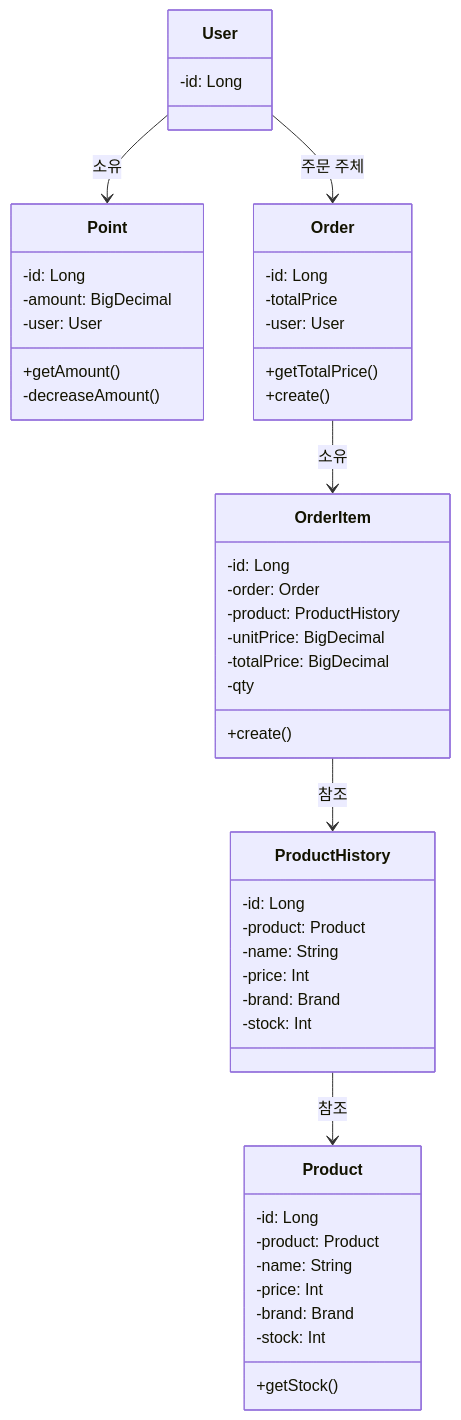
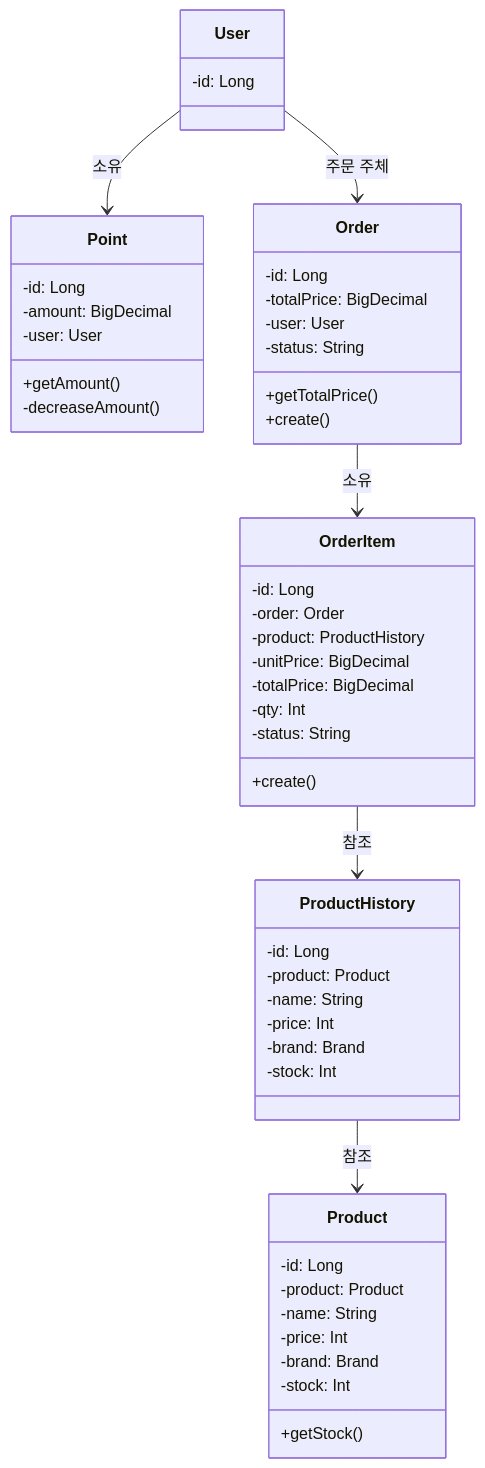
One commit to sue4869/e-commerce changed the third of 3 diagrams in docs/design/03-class-diagrams.md. Above: the diagram before and after it, drawn with Mermaid. The commit also changed 1 other file, not shown here.

Commit message:
fix : 추가 반영

````diff
--- a/docs/design/03-class-diagrams.md
+++ b/docs/design/03-class-diagrams.md
@@ -52,58 +52,60 @@
 ```mermaid 
 classDiagram
     class User {
         -id: Long
     }
     
     class Point {
         -id: Long
         -amount: BigDecimal
         -user: User
         +getAmount()
         -decreaseAmount()
     }
 
     class Order {
         -id: Long
-        -totalPrice
+        -totalPrice: BigDecimal
         -user: User
+        -status: String
         +getTotalPrice()
         +create()
     }
 
     class OrderItem {
         -id: Long
         -order: Order
         -product: ProductHistory
         -unitPrice: BigDecimal
         -totalPrice: BigDecimal
-        -qty
+        -qty: Int
+        -status: String
         +create()
     }
     
     class ProductHistory {
         -id: Long
         -product: Product
         -name: String
         -price: Int
         -brand: Brand
         -stock: Int
     }
     
     class Product {
         -id: Long
         -product: Product
         -name: String
         -price: Int
         -brand: Brand
         -stock: Int
         +getStock()
     }
     
     User --> Order : 주문 주체  
     User --> Point : 소유
     Order --> OrderItem : 소유
     ProductHistory --> Product : 참조
     OrderItem --> ProductHistory : 참조
   
 ```
````
